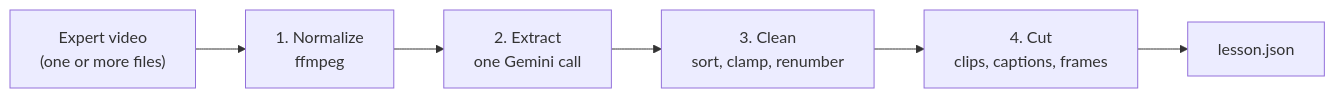
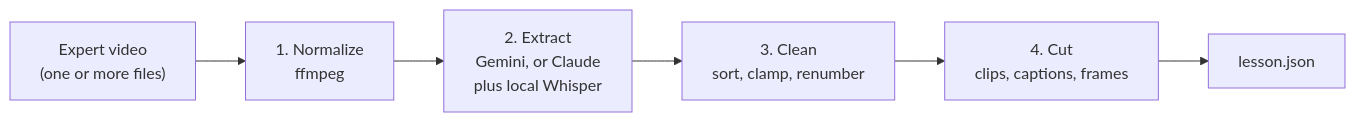
Before and after one commit to pr4nav3/HandOver: the diagram in server/docs/teach.md, drawn with Mermaid. The commit also changed other lines of this file and 23 other files, not shown here.

````diff
--- a/server/docs/teach.md
+++ b/server/docs/teach.md
@@ -7,8 +7,8 @@
 ```mermaid
 flowchart LR
   v["Expert video<br/>(one or more files)"] --> n["1. Normalize<br/>ffmpeg"]
-  n --> e["2. Extract<br/>one Gemini call"]
+  n --> e["2. Extract<br/>Gemini, or Claude<br/>plus local Whisper"]
   e --> c["3. Clean<br/>sort, clamp, renumber"]
   c --> k["4. Cut<br/>clips, captions, frames"]
   k --> l["lesson.json"]
 ```
````
